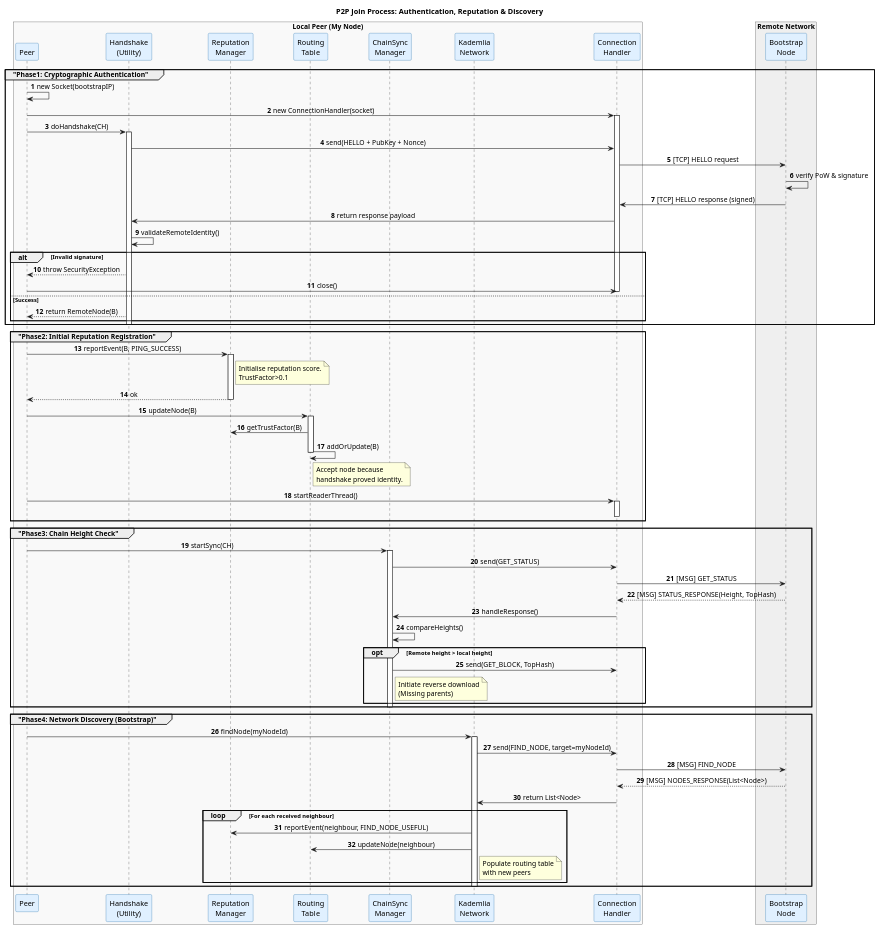
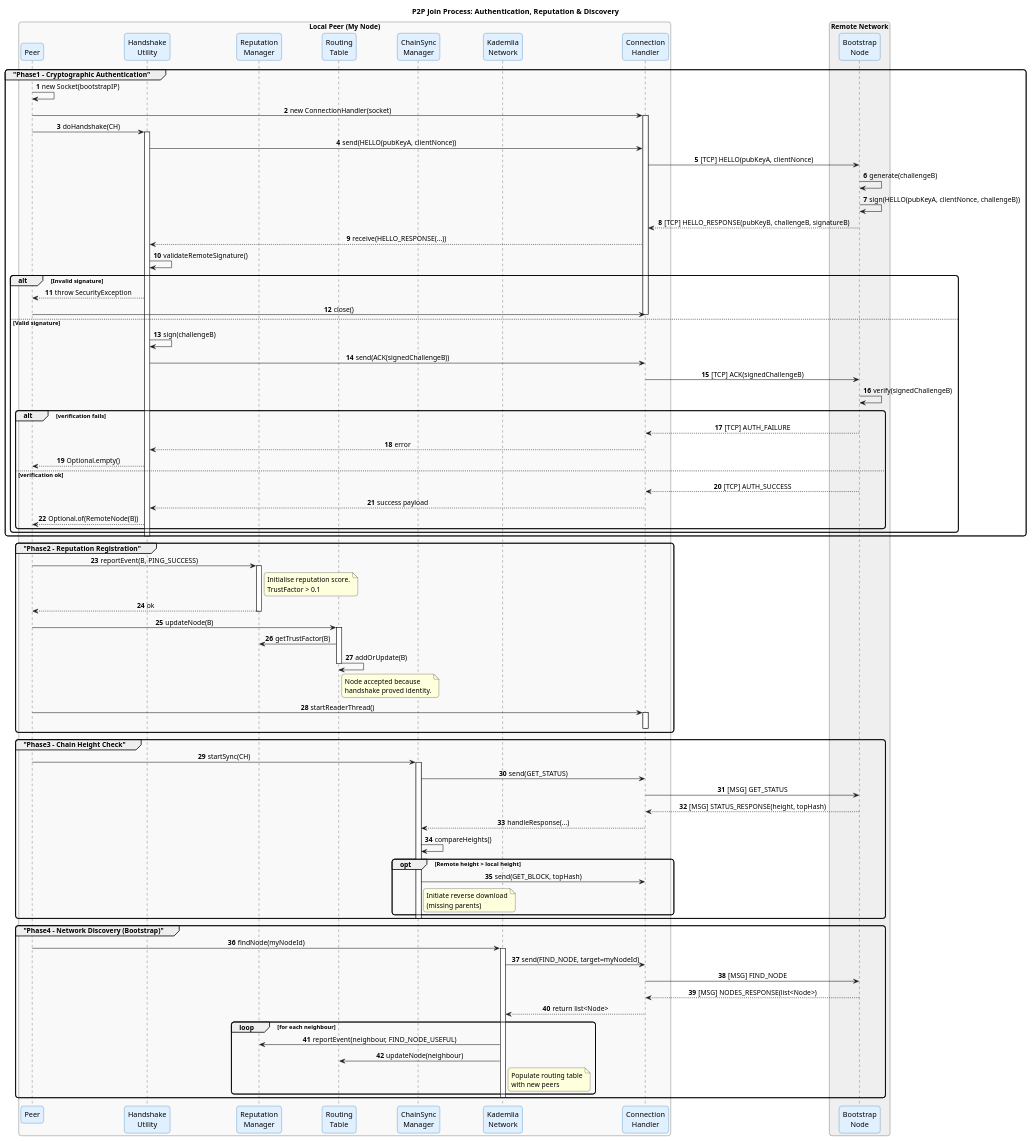
The diagram in docs/diagram/flow/auth.puml (Hugofr21/blockchain-mechanisms), drawn with PlantUML before and after one commit. The commit also changed 8 other files, not shown here.

Commit message:
- update documentation for the kademlia network - verify the integrity of objects using findvalue on the kademlia network

```diff
--- a/docs/diagram/flow/auth.puml
+++ b/docs/diagram/flow/auth.puml
@@ -1,120 +1,140 @@
 @startuml
 title P2P Join Process: Authentication, Reputation & Discovery
-skinparam round corner 10
+skinparam roundCorner 10
 skinparam sequenceMessageAlign center
 skinparam participantBorderColor #005A9C
 skinparam participantBackgroundColor #E0F0FF
 autonumber
 
+
 box "Local Peer (My Node)" #F9F9F9
     participant "Peer" as P
-    participant "Handshake\n(Utility)" as HS
+    participant "Handshake\nUtility" as HS
     participant "Reputation\nManager" as REP
     participant "Routing\nTable" as RT
     participant "ChainSync\nManager" as SYNC
     participant "Kademlia\nNetwork" as KAD
     participant "Connection\nHandler" as CH
 end box
 
 box "Remote Network" #EFEFEF
     participant "Bootstrap\nNode" as B
 end box
 
 
-group "Phase1: Cryptographic Authentication"
+group "Phase1 – Cryptographic Authentication"
     P -> P : new Socket(bootstrapIP)
     P -> CH : new ConnectionHandler(socket)
     activate CH
 
     P -> HS : doHandshake(CH)
     activate HS
 
-    HS -> CH : send(HELLO + PubKey + Nonce)
-    CH -> B : [TCP] HELLO request
 
-    B -> B : verify PoW & signature
-    B -> CH : [TCP] HELLO response (signed)
-    CH -> HS : return response payload
+    HS -> CH : send(HELLO(pubKeyA, clientNonce))
+    CH -> B : [TCP] HELLO(pubKeyA, clientNonce)
 
-    HS -> HS : validateRemoteIdentity()
 
+    B -> B : generate(challengeB)
+    B -> B : sign(HELLO(pubKeyA, clientNonce, challengeB))
+    B --> CH : [TCP] HELLO_RESPONSE(pubKeyB, challengeB, signatureB)
+
+    CH --> HS : receive(HELLO_RESPONSE(...))
+
+    HS -> HS : validateRemoteSignature()
     alt Invalid signature
         HS --> P : throw SecurityException
         P -> CH : close()
         deactivate CH
-    else Success
-        HS --> P : return RemoteNode(B)
+    else Valid signature
+
+        HS -> HS : sign(challengeB)
+        HS -> CH : send(ACK(signedChallengeB))
+        CH -> B : [TCP] ACK(signedChallengeB)
+
+
+        B -> B : verify(signedChallengeB)
+        alt verification fails
+            B --> CH : [TCP] AUTH_FAILURE
+            CH --> HS : error
+            HS --> P : Optional.empty()
+        else verification ok
+            B --> CH : [TCP] AUTH_SUCCESS
+            CH --> HS : success payload
+            HS --> P : Optional.of(RemoteNode(B))
+        end
     end
     deactivate HS
+    deactivate CH
 end
 
-group "Phase2: Initial Reputation Registration"
+
+group "Phase2 – Reputation Registration"
     P -> REP : reportEvent(B, PING_SUCCESS)
     activate REP
     note right of REP
         Initialise reputation score.
-        TrustFactor>0.1
+        TrustFactor > 0.1
     end note
     REP --> P : ok
     deactivate REP
 
     P -> RT : updateNode(B)
     activate RT
     RT -> REP : getTrustFactor(B)
     RT -> RT : addOrUpdate(B)
     note right of RT
-        Accept node because
+        Node accepted because
         handshake proved identity.
     end note
     deactivate RT
 
     P -> CH : startReaderThread()
     activate CH
     deactivate CH
 end
 
 
-group "Phase3: Chain Height Check"
+group "Phase3 – Chain Height Check"
     P -> SYNC : startSync(CH)
     activate SYNC
 
     SYNC -> CH : send(GET_STATUS)
     CH -> B : [MSG] GET_STATUS
-    B --> CH : [MSG] STATUS_RESPONSE(Height, TopHash)
+    B --> CH : [MSG] STATUS_RESPONSE(height, topHash)
 
-    CH -> SYNC : handleResponse()
+    CH --> SYNC : handleResponse(...)
     SYNC -> SYNC : compareHeights()
-
     opt Remote height > local height
-        SYNC -> CH : send(GET_BLOCK, TopHash)
+        SYNC -> CH : send(GET_BLOCK, topHash)
         note right of SYNC
             Initiate reverse download
-            (Missing parents)
+            (missing parents)
         end note
     end
     deactivate SYNC
 end
 
 
-group "Phase4: Network Discovery (Bootstrap)"
+group "Phase4 – Network Discovery (Bootstrap)"
     P -> KAD : findNode(myNodeId)
     activate KAD
 
     KAD -> CH : send(FIND_NODE, target=myNodeId)
     CH -> B : [MSG] FIND_NODE
-    B --> CH : [MSG] NODES_RESPONSE(List<Node>)
+    B --> CH : [MSG] NODES_RESPONSE(list<Node>)
 
-    CH -> KAD : return List<Node>
+    CH --> KAD : return list<Node>
 
-    loop For each received neighbour
+    loop for each neighbour
         KAD -> REP : reportEvent(neighbour, FIND_NODE_USEFUL)
-        KAD -> RT : updateNode(neighbour)
+        KAD -> RT  : updateNode(neighbour)
         note right of KAD
             Populate routing table
             with new peers
         end note
     end
     deactivate KAD
 end
 
 @enduml
```
